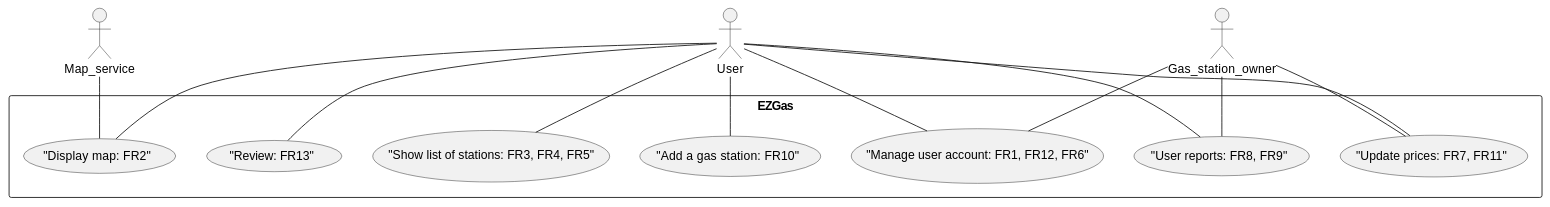
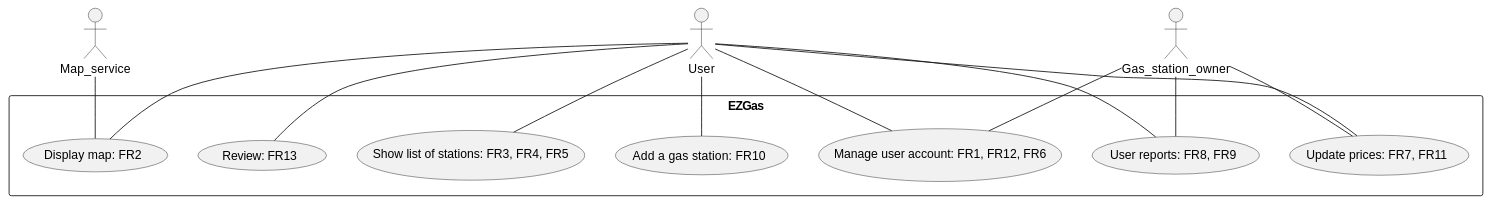
One commit to HeydarliAtabay/EZgas changed the second of 2 diagrams in docs/RequirementsDocument.md. Above: the diagram before and after it, drawn with PlantUML. The commit also changed other lines of this file, not shown here.

````diff
--- a/docs/RequirementsDocument.md
+++ b/docs/RequirementsDocument.md
@@ -111,36 +111,36 @@
 ```plantuml
 @startuml
 actor User as u
 actor Map_service as m
 actor Gas_station_owner as gso
 
 
 rectangle EZGas {
-	("Manage user account: FR1, FR12, FR6") as uacc
+	(Manage user account: FR1, FR12, FR6) as uacc
 	u -- uacc
 	gso -- uacc
 
-	("Display map: FR2") as fr2
+	(Display map: FR2) as fr2
 	m -- fr2
 	u -- fr2
 
-	("Show list of stations: FR3, FR4, FR5") as list
+	(Show list of stations: FR3, FR4, FR5) as list
 	u -- list
 
-	("Update prices: FR7, FR11") as pr
+	(Update prices: FR7, FR11) as pr
 	u -- pr
 	gso -- pr
 
-	("Add a gas station: FR10") as add
+	(Add a gas station: FR10) as add
 	u -- add
 
-	("User reports: FR8, FR9") as rep
+	(User reports: FR8, FR9) as rep
 	u -- rep
 	gso -- rep
 
-	("Review: FR13") as rev
+	(Review: FR13) as rev
 	u -- rev
 }
 
 @enduml
 ```
````
